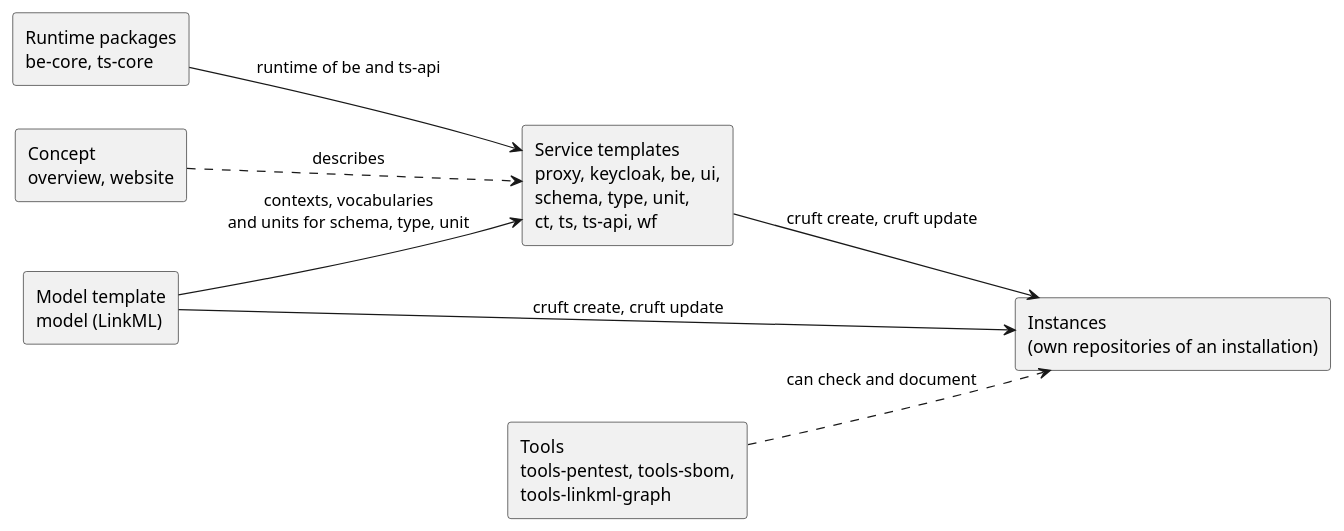
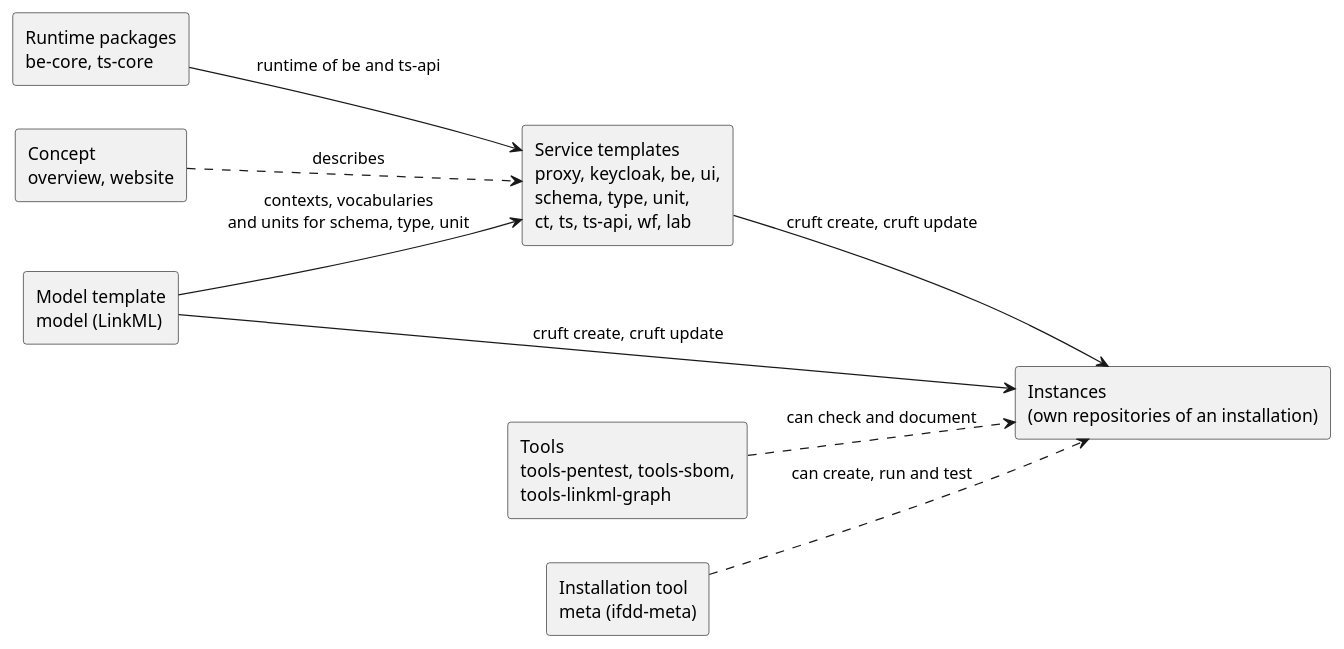
The diagram in docs/concepts/diagrams/03-1-groups.puml (ifdd-de/overview), drawn with PlantUML before and after one commit. The commit also changed 4 other files, not shown here.

```diff
--- a/docs/concepts/diagrams/03-1-groups.puml
+++ b/docs/concepts/diagrams/03-1-groups.puml
@@ -1,15 +1,17 @@
 @startuml
 left to right direction
 rectangle "Concept\noverview, website" as concept
 rectangle "Model template\nmodel (LinkML)" as model
 rectangle "Runtime packages\nbe-core, ts-core" as packages
-rectangle "Service templates\nproxy, keycloak, be, ui,\nschema, type, unit,\nct, ts, ts-api, wf" as templates
+rectangle "Service templates\nproxy, keycloak, be, ui,\nschema, type, unit,\nct, ts, ts-api, wf, lab" as templates
 rectangle "Tools\ntools-pentest, tools-sbom,\ntools-linkml-graph" as tools
+rectangle "Installation tool\nmeta (ifdd-meta)" as installation
 rectangle "Instances\n(own repositories of an installation)" as instances
 concept ..> templates : describes
 model --> templates : contexts, vocabularies\nand units for schema, type, unit
 packages --> templates : runtime of be and ts-api
 templates --> instances : cruft create, cruft update
 model --> instances : cruft create, cruft update
 tools ..> instances : can check and document
+installation ..> instances : can create, run and test
 @enduml
```
